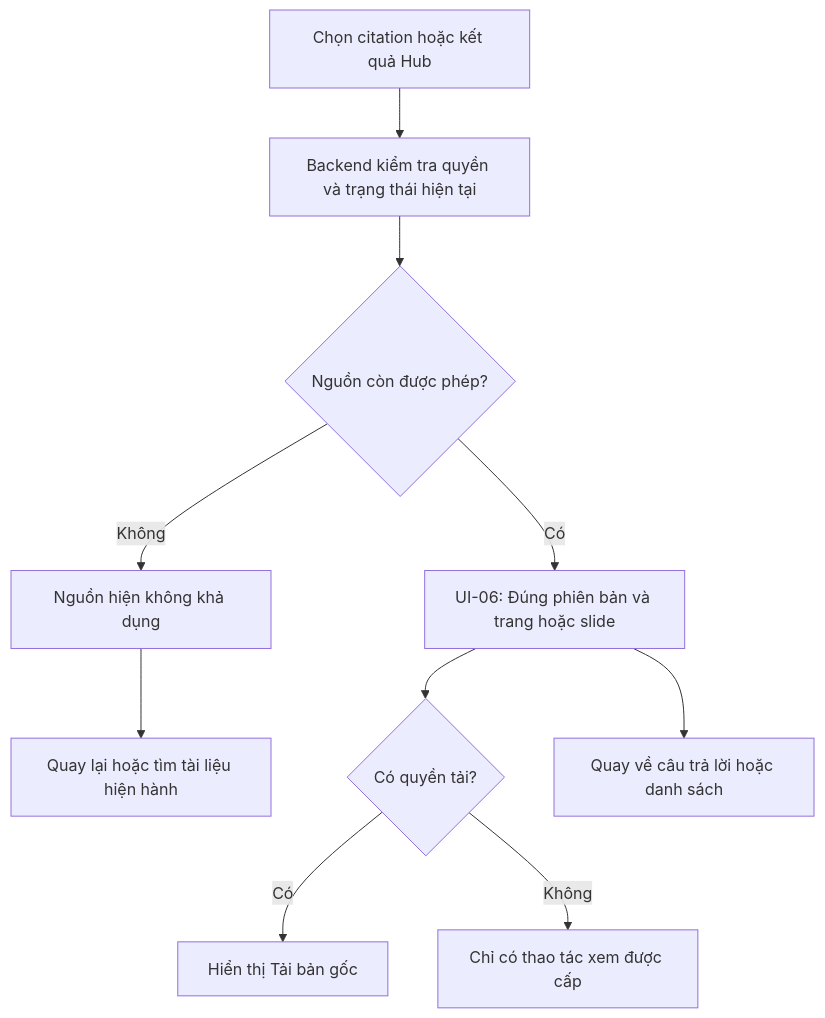
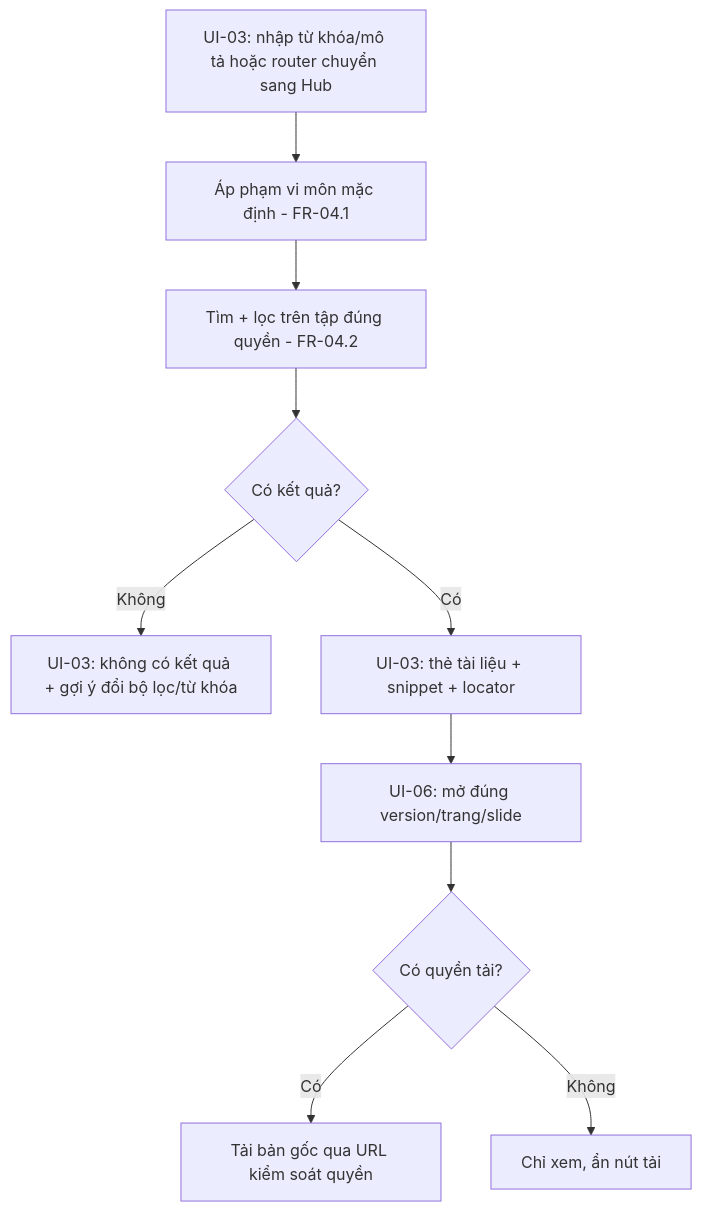
Before and after one commit to MinhNhatUet/7grass10wwind: the fourth of 8 diagrams in docs/documentions/wireframe&UIflow_edu04.md, drawn with Mermaid. The commit also changed other lines of this file and 3 other files, not shown here.

First line of the commit message:
docs: sync wireframe/UI flow, backlog và milestone theo PRD v2.0

````diff
--- a/docs/documentions/wireframe&UIflow_edu04.md
+++ b/docs/documentions/wireframe&UIflow_edu04.md
@@ -255,12 +519,12 @@
 ```mermaid
 flowchart TD
-    A[Chọn citation hoặc kết quả Hub] --> B[Backend kiểm tra quyền và trạng thái hiện tại]
-    B --> C{Nguồn còn được phép?}
-    C -- Không --> D[Nguồn hiện không khả dụng]
-    D --> E[Quay lại hoặc tìm tài liệu hiện hành]
-    C -- Có --> F[UI-06: Đúng phiên bản và trang hoặc slide]
-    F --> G{Có quyền tải?}
-    G -- Có --> H[Hiển thị Tải bản gốc]
-    G -- Không --> I[Chỉ có thao tác xem được cấp]
-    F --> J[Quay về câu trả lời hoặc danh sách]
+    UI03H[UI-03: nhập từ khóa/mô tả hoặc router chuyển sang Hub] --> SCOPE[Áp phạm vi môn mặc định - FR-04.1]
+    SCOPE --> SEARCH[Tìm + lọc trên tập đúng quyền - FR-04.2]
+    SEARCH --> RESULT{Có kết quả?}
+    RESULT -- Không --> UI03E[UI-03: không có kết quả + gợi ý đổi bộ lọc/từ khóa]
+    RESULT -- Có --> CARDS[UI-03: thẻ tài liệu + snippet + locator]
+    CARDS --> OPEN[UI-06: mở đúng version/trang/slide]
+    OPEN --> DL{Có quyền tải?}
+    DL -- Có --> DOWNLOAD[Tải bản gốc qua URL kiểm soát quyền]
+    DL -- Không --> VIEWONLY[Chỉ xem, ẩn nút tải]
 ```
````
